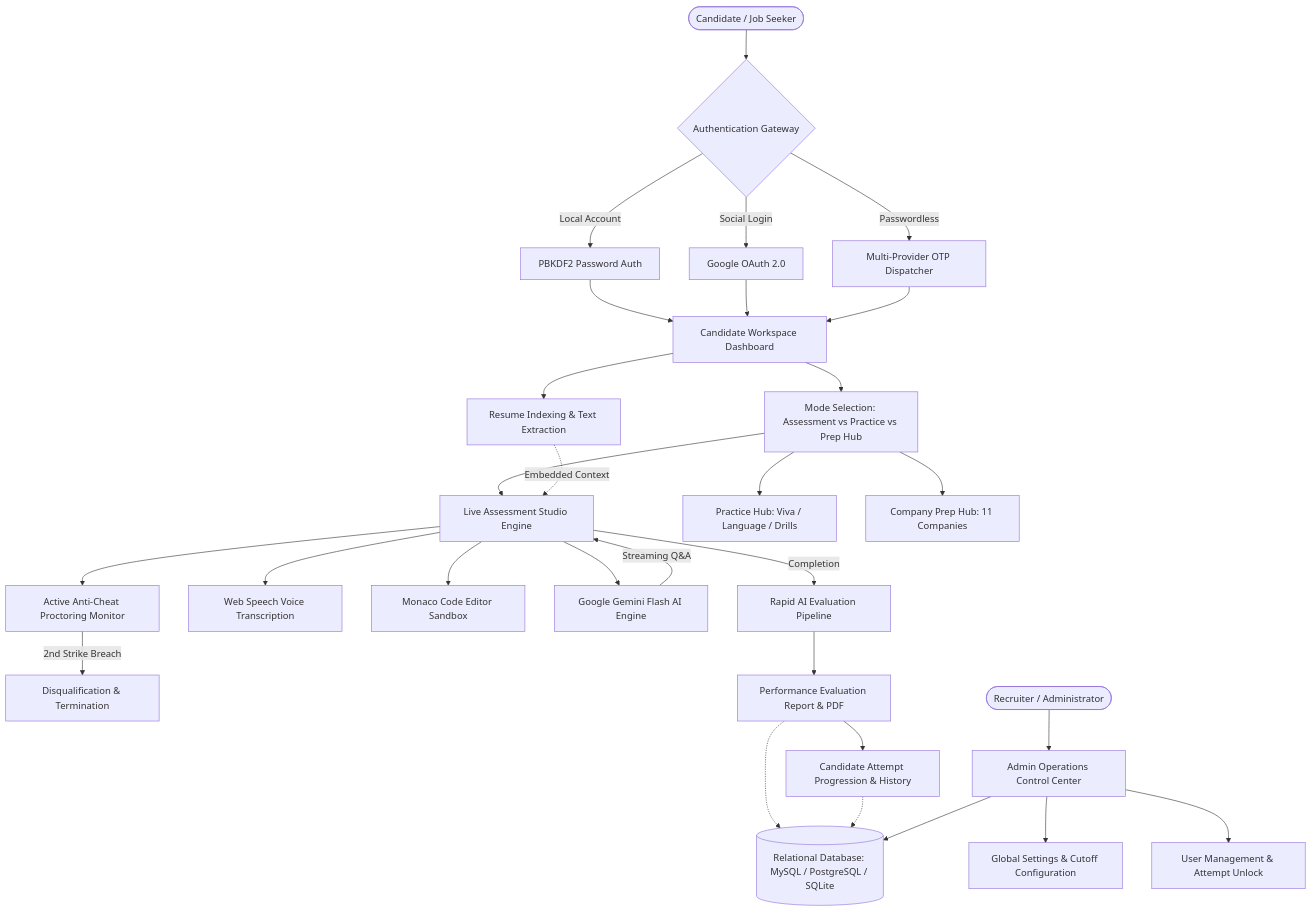
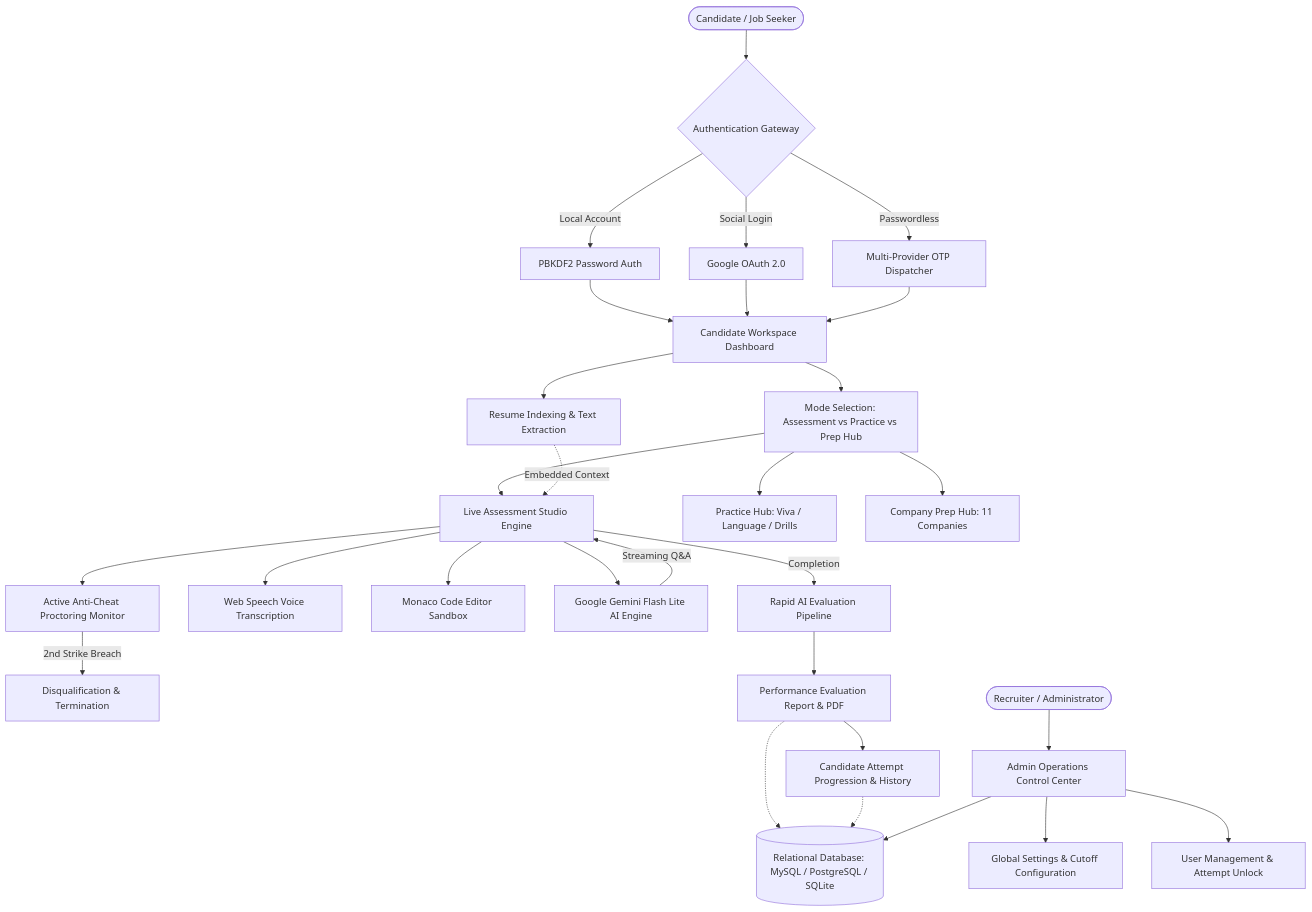
One commit to MR360-TECH/AI_INTERVIEW_PLATFORM changed the first of 5 diagrams in README.md. Above: the diagram before and after it, drawn with Mermaid. The commit also changed other lines of this file, not shown here.

Commit message:
docs: update README with class diagram, ER diagram, modular architecture, and updated contexts

````diff
--- a/README.md
+++ b/README.md
@@ -150,40 +151,40 @@
 ```mermaid
 flowchart TD
     User([Candidate / Job Seeker]) --> AuthLayer{Authentication Gateway}
     
     AuthLayer -->|Local Account| LocalLogin[PBKDF2 Password Auth]
     AuthLayer -->|Social Login| GoogleOAuth[Google OAuth 2.0]
     AuthLayer -->|Passwordless| OTPAuth[Multi-Provider OTP Dispatcher]
     
     LocalLogin --> Dashboard[Candidate Workspace Dashboard]
     GoogleOAuth --> Dashboard
     OTPAuth --> Dashboard
     
     Dashboard --> ResumeUpload[Resume Indexing & Text Extraction]
     Dashboard --> TrackSelection[Mode Selection: Assessment vs Practice vs Prep Hub]
     
     TrackSelection --> InterviewEngine[Live Assessment Studio Engine]
     TrackSelection --> PracticeHub[Practice Hub: Viva / Language / Drills]
     TrackSelection --> CompanyPrep[Company Prep Hub: 11 Companies]
     ResumeUpload -.->|Embedded Context| InterviewEngine
     
     InterviewEngine --> Proctor[Active Anti-Cheat Proctoring Monitor]
     InterviewEngine --> VoiceInput[Web Speech Voice Transcription]
     InterviewEngine --> Monaco[Monaco Code Editor Sandbox]
-    InterviewEngine --> GeminiEngine[Google Gemini Flash AI Engine]
+    InterviewEngine --> GeminiEngine[Google Gemini Flash Lite AI Engine]
     
     GeminiEngine -->|Streaming Q&A| InterviewEngine
     Proctor -->|2nd Strike Breach| Terminate[Disqualification & Termination]
     
     InterviewEngine -->|Completion| ResultGen[Rapid AI Evaluation Pipeline]
     ResultGen --> Scorecard[Performance Evaluation Report & PDF]
     Scorecard --> History[Candidate Attempt Progression & History]
     
     Scorecard -.-> DB[(Relational Database: MySQL / PostgreSQL / SQLite)]
     History -.-> DB
     
     AdminUser([Recruiter / Administrator]) --> AdminPanel[Admin Operations Control Center]
     AdminPanel --> DB
     AdminPanel --> ConfigMgmt[Global Settings & Cutoff Configuration]
     AdminPanel --> UserMgmt[User Management & Attempt Unlock]
 ```
````
